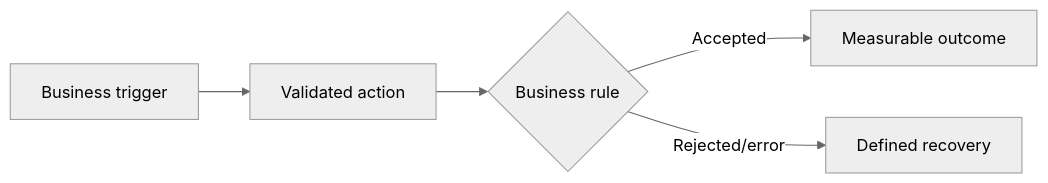
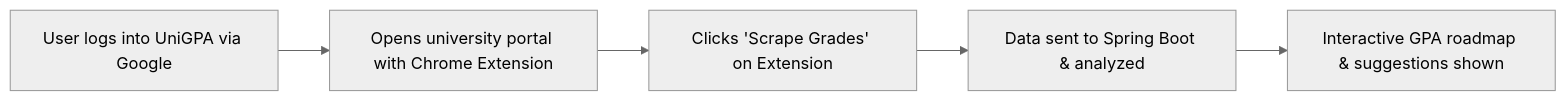
The second of 2 diagrams in 02-Requirements/BRD.md (nqtienvn/japanese), drawn with Mermaid (neutral theme) before and after one commit. The commit also changed other lines of this file and 89 other files, not shown here.

````diff
--- a/02-Requirements/BRD.md
+++ b/02-Requirements/BRD.md
@@ -69,7 +77,7 @@
 ```mermaid
 flowchart LR
-    A["Business trigger"] --> B["Validated action"]
-    B --> C{"Business rule"}
-    C -->|"Accepted"| D["Measurable outcome"]
-    C -->|"Rejected/error"| E["Defined recovery"]
+    A["User logs into UniGPA via Google"] --> B["Opens university portal with Chrome Extension"]
+    B --> C["Clicks 'Scrape Grades' on Extension"]
+    C --> D["Data sent to Spring Boot & analyzed"]
+    D --> E["Interactive GPA roadmap & suggestions shown"]
 ```
````
